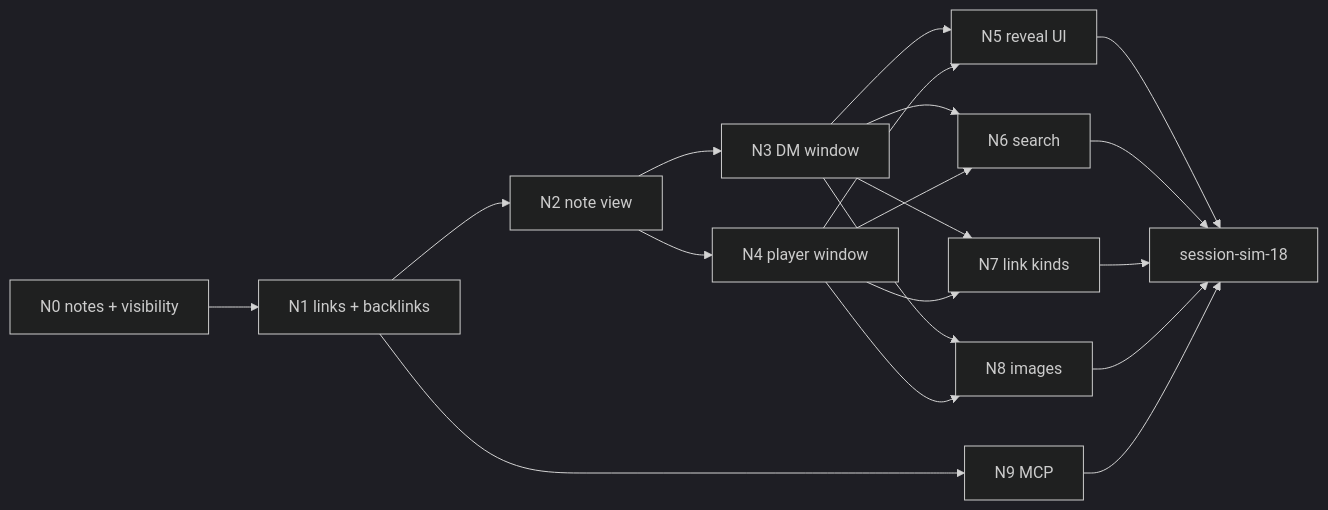
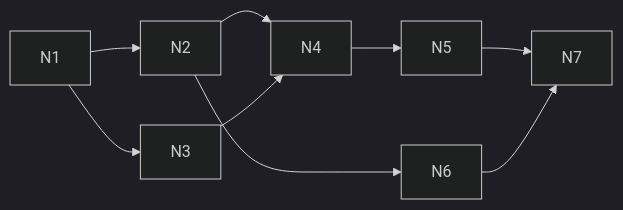
One commit to szymonbalasz/pocket-plane changed the diagram in docs/specs/linked-notes-build.md. Above: the diagram before and after it, drawn with Mermaid (dark theme). The commit also changed other lines of this file and 5 other files, not shown here.

First line of the commit message:
Linked notes spec v2: player notes, private and shared, live co-writing

````diff
--- a/docs/specs/linked-notes-build.md
+++ b/docs/specs/linked-notes-build.md
@@ -110,21 +75,11 @@
 ```mermaid
 graph LR
-  N0[N0 notes + visibility] --> N1[N1 links + backlinks]
-  N1 --> N2[N2 note view]
-  N1 --> N9[N9 MCP]
-  N2 --> N3[N3 DM window]
-  N2 --> N4[N4 player window]
-  N3 --> N5[N5 reveal UI]
+  N1 --> N2
+  N1 --> N3
+  N2 --> N4
+  N3 --> N4
   N4 --> N5
-  N3 --> N6[N6 search]
-  N4 --> N6
-  N3 --> N7[N7 link kinds]
-  N4 --> N7
-  N3 --> N8[N8 images]
-  N4 --> N8
-  N5 --> SIM[session-sim-18]
-  N6 --> SIM
-  N7 --> SIM
-  N8 --> SIM
-  N9 --> SIM
+  N2 --> N6
+  N5 --> N7
+  N6 --> N7
 ```
````
